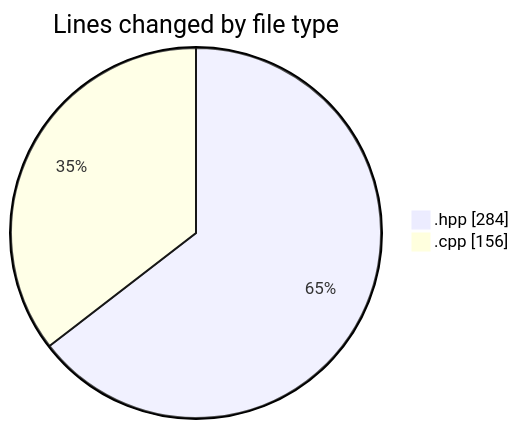
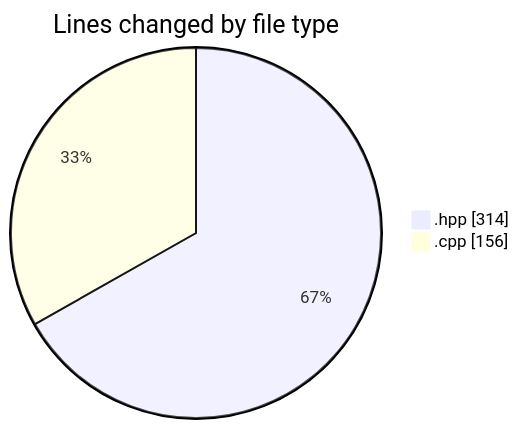
Before and after one commit to Netris89/code-tracking: the first of 2 diagrams in 2025-04-22/echo/README.md, drawn with Mermaid. The commit also changed other lines of this file and 1 other file, not shown here.

````diff
--- a/2025-04-22/echo/README.md
+++ b/2025-04-22/echo/README.md
@@ -22,6 +22,6 @@
 ```mermaid
 pie showData
 title Lines changed by file type
-".hpp" : 284
+".hpp" : 314
 ".cpp" : 156
 ```
````
